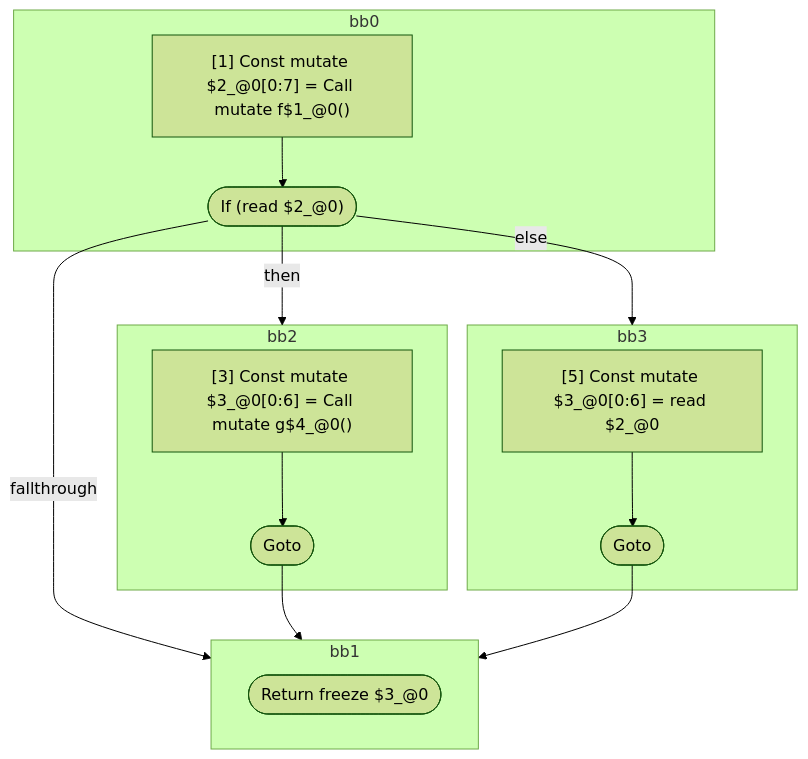
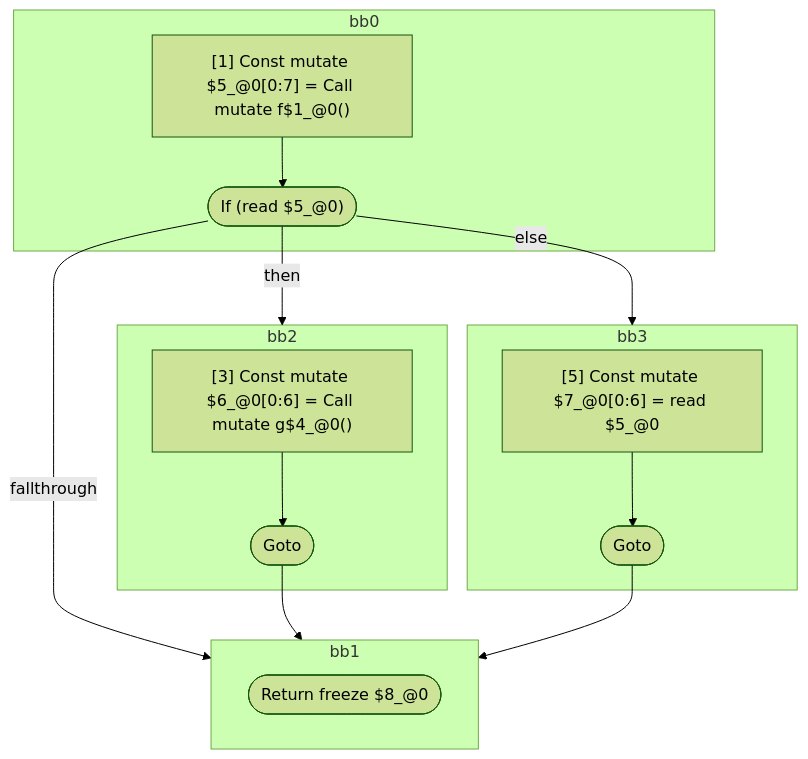
The first of 5 diagrams in compiler/forget/src/__tests__/fixtures/hir/logical-expression.expect.md (wutsmog/private), drawn with Mermaid (forest theme) before and after one commit. The commit also changed other lines of this file and 59 other files, not shown here.

````diff
--- a/compiler/forget/src/__tests__/fixtures/hir/logical-expression.expect.md
+++ b/compiler/forget/src/__tests__/fixtures/hir/logical-expression.expect.md
@@ -43,33 +44,33 @@
 ```mermaid
 flowchart TB
   %% Basic Blocks
   subgraph bb0
     bb0_instrs["
-      [1] Const mutate $2_@0[0:7] = Call mutate f$1_@0()
+      [1] Const mutate $5_@0[0:7] = Call mutate f$1_@0()
     "]
-    bb0_instrs --> bb0_terminal(["If (read $2_@0)"])
+    bb0_instrs --> bb0_terminal(["If (read $5_@0)"])
   end
   subgraph bb2
     bb2_instrs["
-      [3] Const mutate $3_@0[0:6] = Call mutate g$4_@0()
+      [3] Const mutate $6_@0[0:6] = Call mutate g$4_@0()
     "]
     bb2_instrs --> bb2_terminal(["Goto"])
   end
   subgraph bb3
     bb3_instrs["
-      [5] Const mutate $3_@0[0:6] = read $2_@0
+      [5] Const mutate $7_@0[0:6] = read $5_@0
     "]
     bb3_instrs --> bb3_terminal(["Goto"])
   end
   subgraph bb1
-    bb1_terminal(["Return freeze $3_@0"])
+    bb1_terminal(["Return freeze $8_@0"])
   end
 
   %% Jumps
   bb0_terminal -- "then" --> bb2
   bb0_terminal -- "else" --> bb3
   bb0_terminal -- "fallthrough" --> bb1
   bb2_terminal --> bb1
   bb3_terminal --> bb1
 
 ```
````
